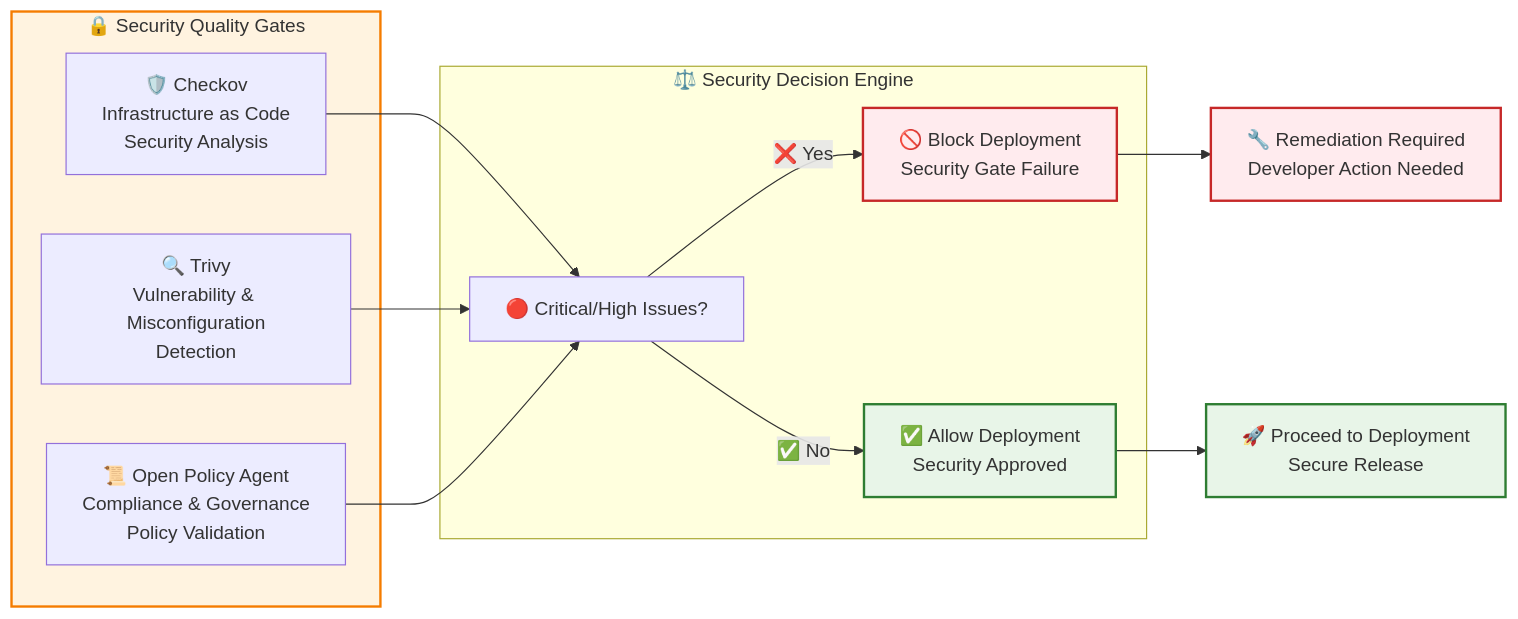
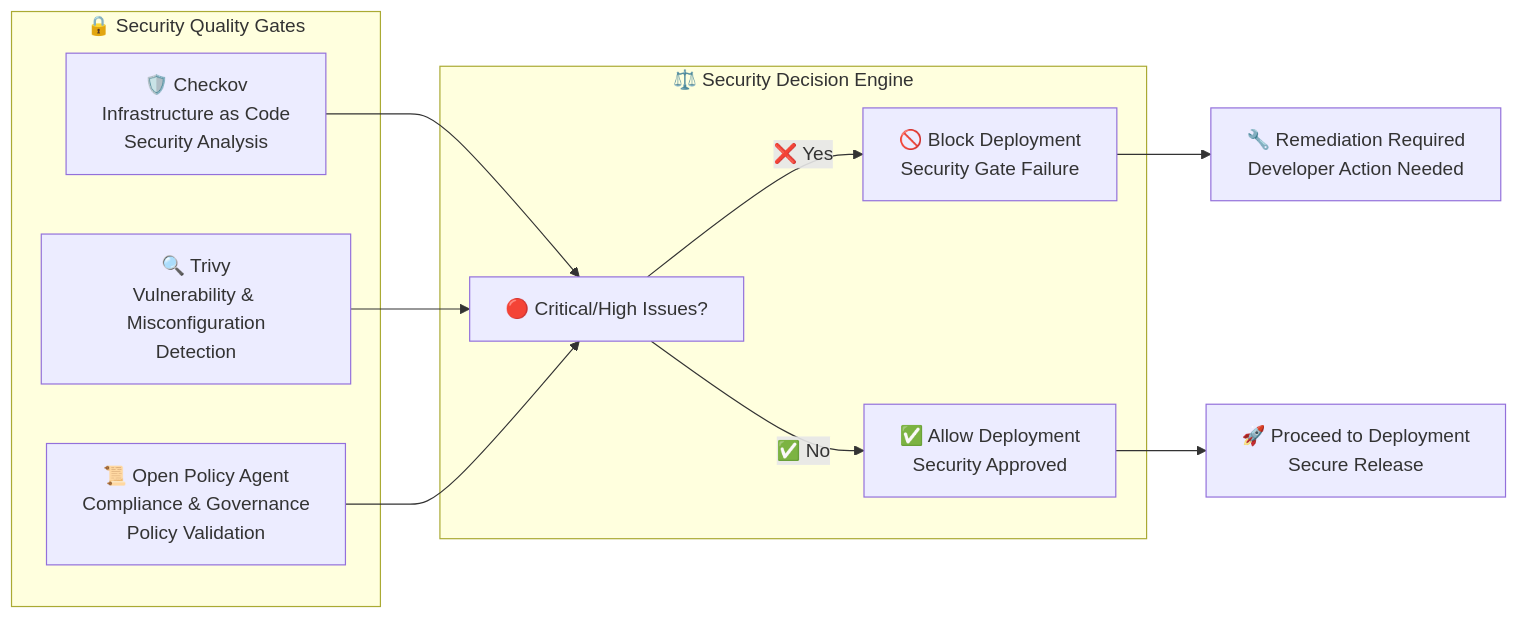
Before and after one commit to Celtikill/static-site: the fourth of 8 diagrams in docs/architecture.md, drawn with Mermaid. The commit also changed other lines of this file and 5 other files, not shown here.

````diff
--- a/docs/architecture.md
+++ b/docs/architecture.md
@@ -171,32 +147,26 @@
 ```mermaid
 graph LR
     subgraph SecurityGates["🔒 Security Quality Gates"]
         Checkov["🛡️ Checkov<br/>Infrastructure as Code<br/>Security Analysis"]
         Trivy["🔍 Trivy<br/>Vulnerability & Misconfiguration<br/>Detection"]
         OPA["📜 Open Policy Agent<br/>Compliance & Governance<br/>Policy Validation"]
     end
 
     subgraph Decision["⚖️ Security Decision Engine"]
         Critical["🔴 Critical/High Issues?"]
         Block["🚫 Block Deployment<br/>Security Gate Failure"]
         Allow["✅ Allow Deployment<br/>Security Approved"]
     end
 
     Checkov --> Critical
     Trivy --> Critical
     OPA --> Critical
 
     Critical -->|"❌ Yes"| Block
     Critical -->|"✅ No"| Allow
 
     Block --> Fix["🔧 Remediation Required<br/>Developer Action Needed"]
     Allow --> Deploy["🚀 Proceed to Deployment<br/>Secure Release"]
 
-    classDef scanStyle fill:#fff3e0,stroke:#f57c00,stroke-width:2px
-    classDef blockStyle fill:#ffebee,stroke:#c62828,stroke-width:2px
-    classDef allowStyle fill:#e8f5e8,stroke:#2e7d32,stroke-width:2px
 
-    class SecurityGates scanStyle
-    class Block,Fix blockStyle
-    class Allow,Deploy allowStyle
 ```
````
